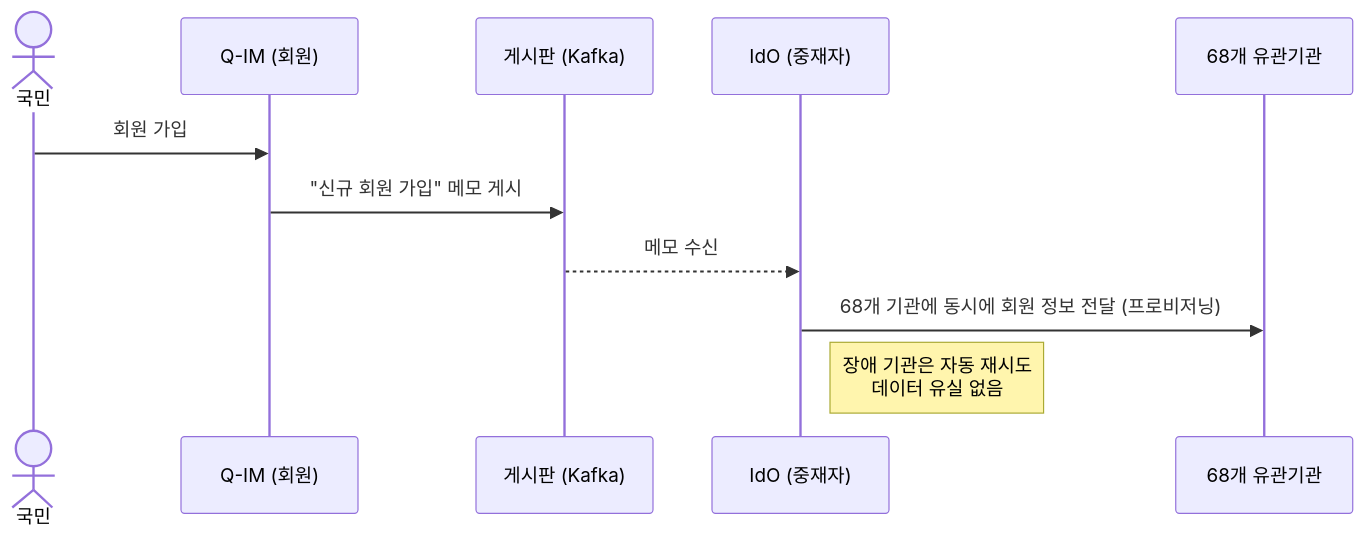
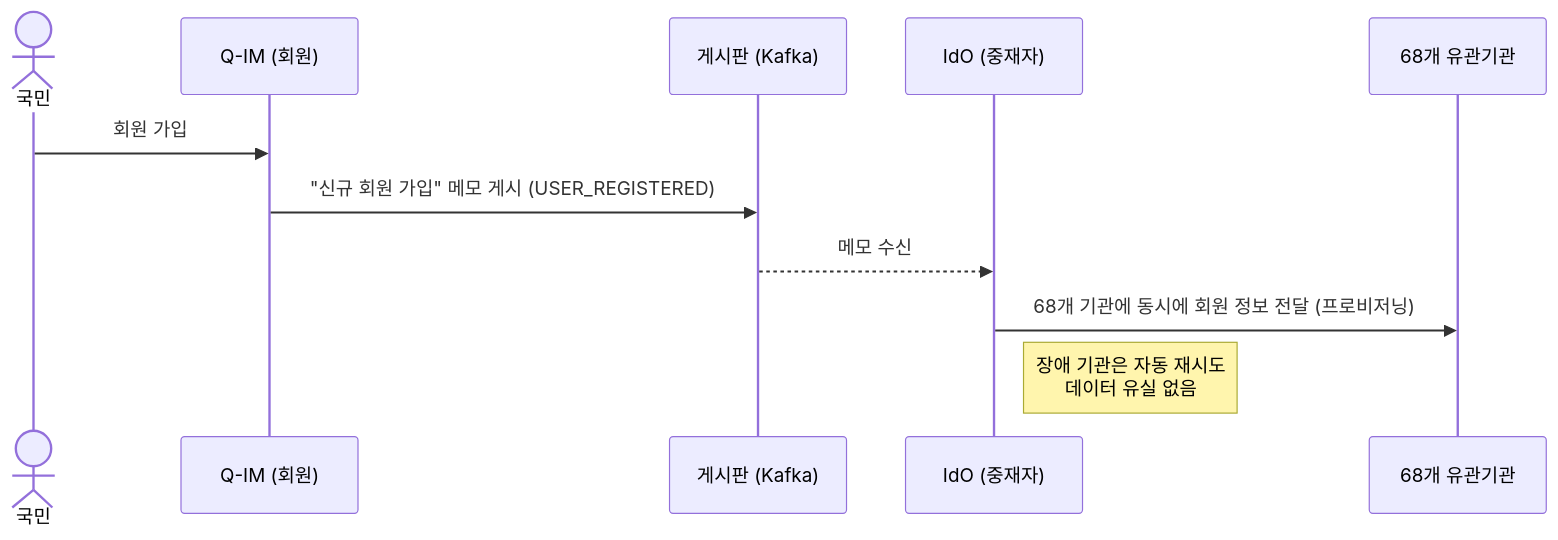
Before and after one commit to HipsterMIN/integration-sso: the fifth of 6 diagrams in docs/kafka_easy_guide_for_managers.md, drawn with Mermaid. The commit also changed other lines of this file and 1 other file, not shown here.

First line of the commit message:
docs: Kafka 가이드 2차 수정 — 5개 오류 항목 코드 기반 검증 후 수정

````diff
--- a/docs/kafka_easy_guide_for_managers.md
+++ b/docs/kafka_easy_guide_for_managers.md
@@ -202,14 +207,14 @@
 ```mermaid
 sequenceDiagram
     actor 국민
     participant QIM as Q-IM (회원)
     participant KAFKA as 게시판 (Kafka)
     participant IDO as IdO (중재자)
     participant 기관들 as 68개 유관기관
 
     국민->>QIM: 회원 가입
-    QIM->>KAFKA: "신규 회원 가입" 메모 게시
+    QIM->>KAFKA: "신규 회원 가입" 메모 게시 (USER_REGISTERED)
     KAFKA-->>IDO: 메모 수신
     IDO->>기관들: 68개 기관에 동시에 회원 정보 전달 (프로비저닝)
     note right of IDO: 장애 기관은 자동 재시도<br/>데이터 유실 없음
 ```
````
